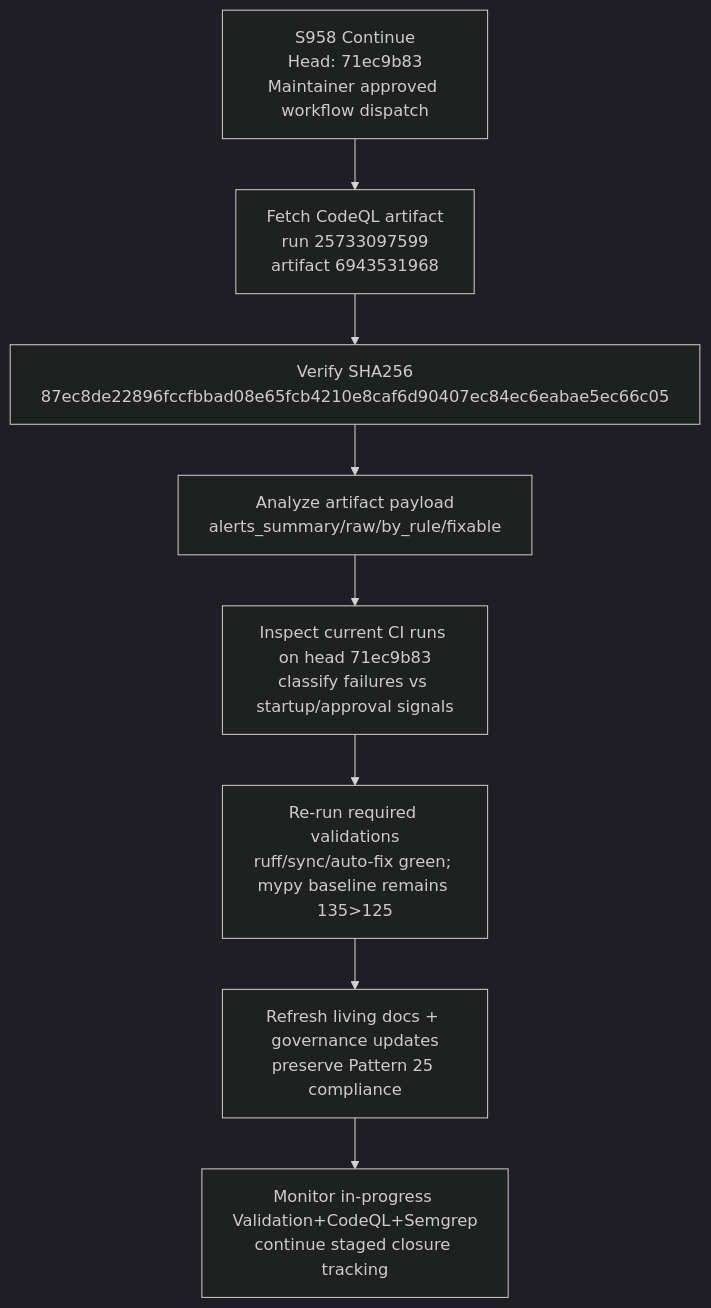
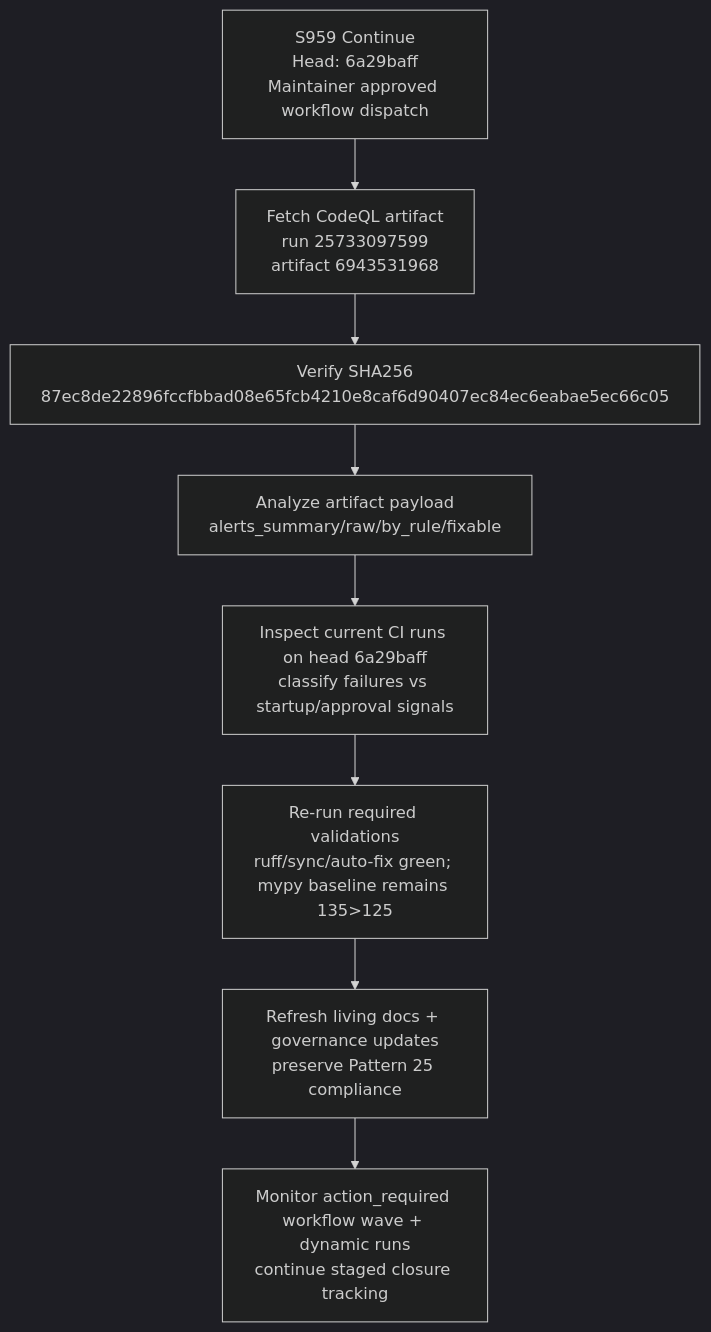
One commit to Aries-Serpent/_codex_ changed the diagram in docs/sessions/PR4425_session_diagram.md. Above: the diagram before and after it, drawn with Mermaid (dark theme). The commit also changed other lines of this file and 3 other files, not shown here.

First line of the commit message:
docs(pr4425): monitor approved workflow wave and refresh status docs/governance

````diff
--- a/docs/sessions/PR4425_session_diagram.md
+++ b/docs/sessions/PR4425_session_diagram.md
@@ -3,11 +3,11 @@
 ```mermaid
 graph TD
-  A[S958 Continue<br/>Head: 71ec9b83<br/>Maintainer approved workflow dispatch] --> B
+  A[S959 Continue<br/>Head: 6a29baff<br/>Maintainer approved workflow dispatch] --> B
   B[Fetch CodeQL artifact<br/>run 25733097599<br/>artifact 6943531968] --> C
   C[Verify SHA256<br/>87ec8de22896fccfbbad08e65fcb4210e8caf6d90407ec84ec6eabae5ec66c05] --> D
   D[Analyze artifact payload<br/>alerts_summary/raw/by_rule/fixable] --> E
-  E[Inspect current CI runs on head 71ec9b83<br/>classify failures vs startup/approval signals] --> F
+  E[Inspect current CI runs on head 6a29baff<br/>classify failures vs startup/approval signals] --> F
   F[Re-run required validations<br/>ruff/sync/auto-fix green; mypy baseline remains 135>125] --> G
   G[Refresh living docs + governance updates<br/>preserve Pattern 25 compliance] --> H
-  H[Monitor in-progress Validation+CodeQL+Semgrep<br/>continue staged closure tracking]
+  H[Monitor action_required workflow wave + dynamic runs<br/>continue staged closure tracking]
 ```
````
